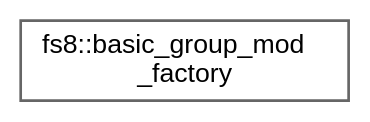
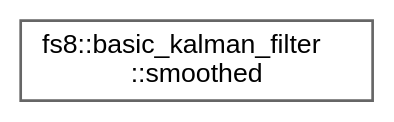
One commit to the-moisrex/foresight changed the diagram in api/inherit_graph_37.dot. Above: the diagram before and after it, drawn with Graphviz. The commit also changed 240 other files, not shown here.

```diff
--- a/api/inherit_graph_37.dot
+++ b/api/inherit_graph_37.dot
@@ -1,9 +1,9 @@
 digraph "Graphical Class Hierarchy"
 {
  // LATEX_PDF_SIZE
   bgcolor="transparent";
   edge [fontname=Helvetica,fontsize=10,labelfontname=Helvetica,labelfontsize=10];
   node [fontname=Helvetica,fontsize=10,shape=box,height=0.2,width=0.4];
   rankdir="LR";
-  Node0 [id="Node000000",label="fs8::basic_group_mod\l_factory",height=0.2,width=0.4,color="grey40", fillcolor="white", style="filled",URL="$structfs8_1_1basic__group__mod__factory.html",tooltip="Factory: group_mod[mod1, mod2, ...] creates a basic_group_mod from the given mods."];
+  Node0 [id="Node000000",label="fs8::basic_kalman_filter\l::smoothed",height=0.2,width=0.4,color="grey40", fillcolor="white", style="filled",URL="$structfs8_1_1basic__kalman__filter_1_1smoothed.html",tooltip=" "];
 }
```
